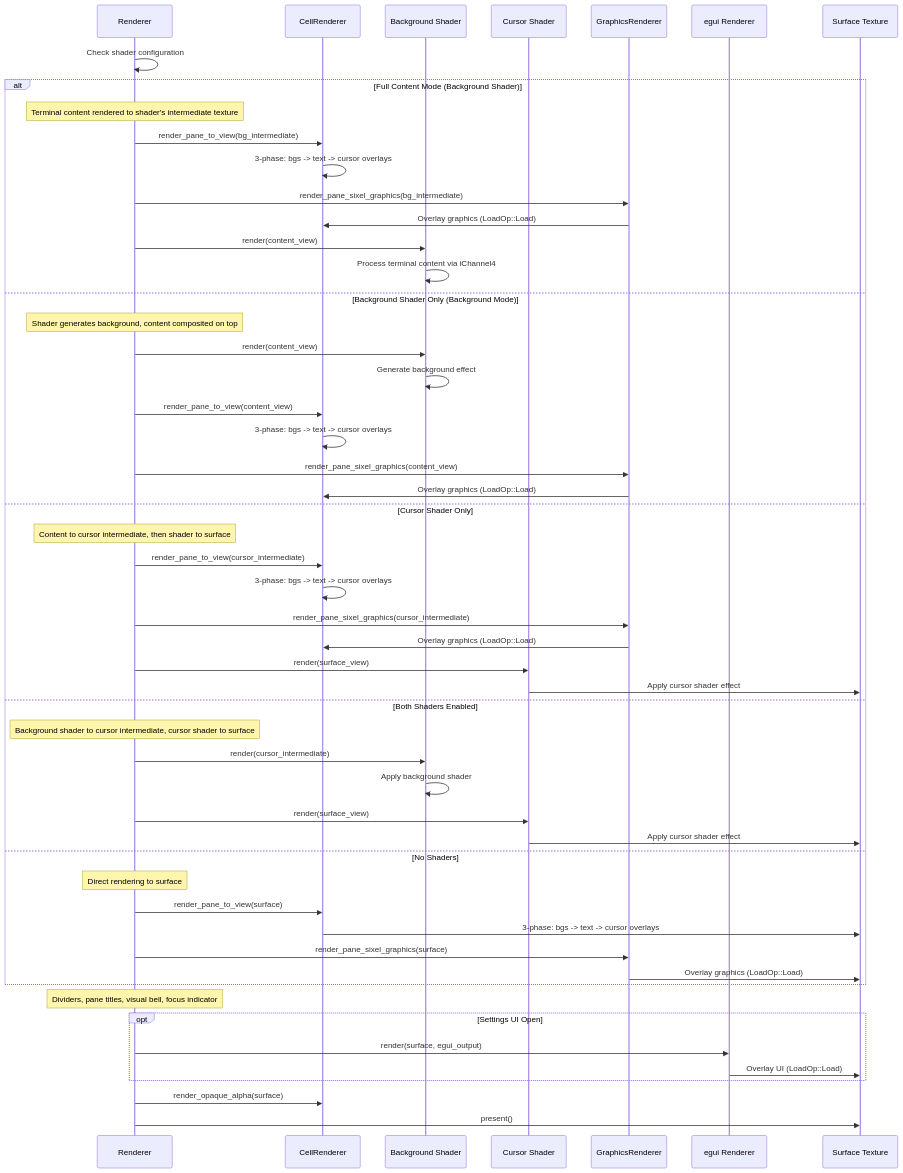
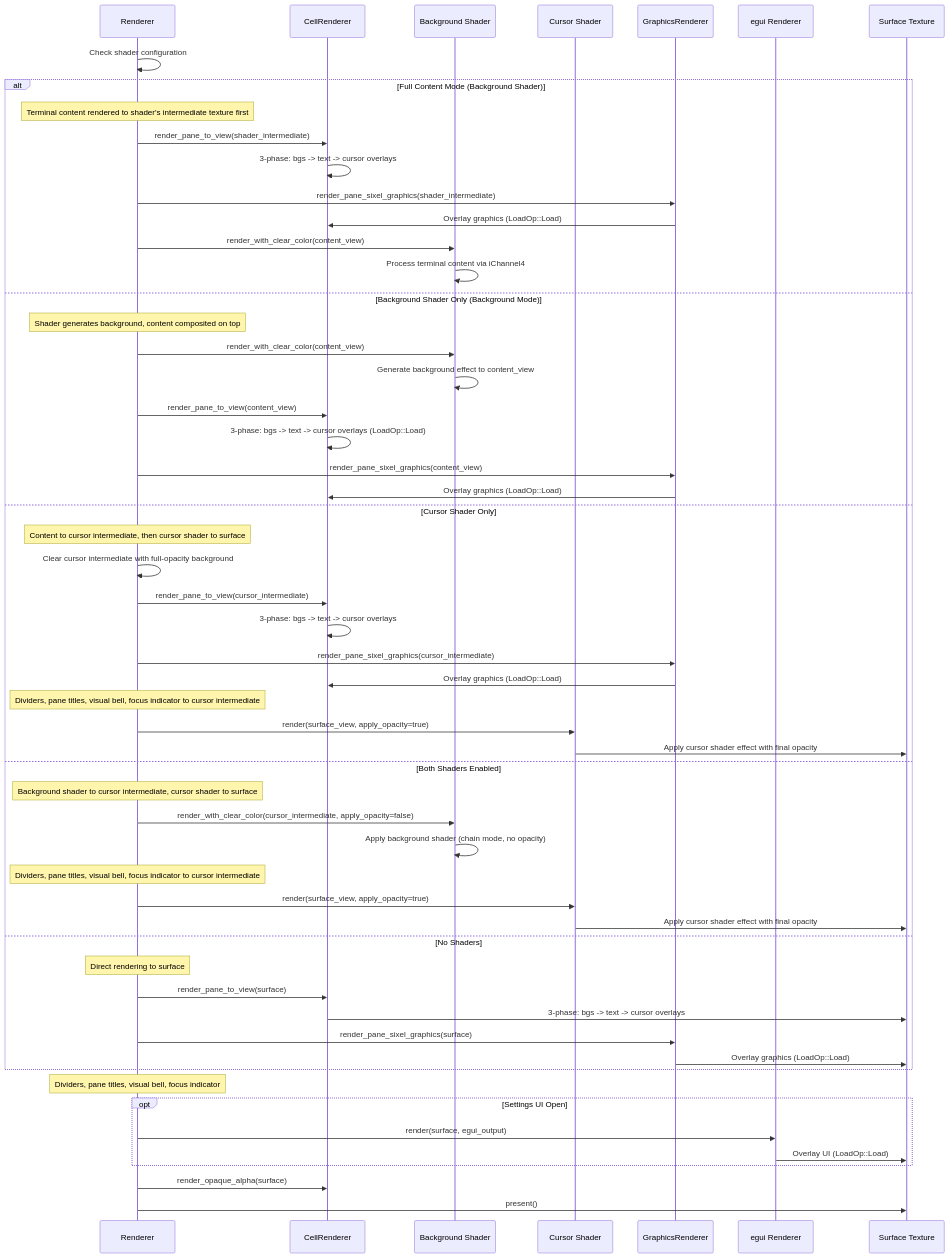
The second of 5 diagrams in docs/architecture/COMPOSITOR.md (paulrobello/par-term), drawn with Mermaid before and after one commit. The commit also changed other lines of this file and 41 other files, not shown here.

````diff
--- a/docs/architecture/COMPOSITOR.md
+++ b/docs/architecture/COMPOSITOR.md
@@ -88,60 +88,63 @@
 ```mermaid
 sequenceDiagram
     participant Renderer as Renderer
     participant CR as CellRenderer
     participant BSR as Background Shader
     participant CSR as Cursor Shader
     participant GR as GraphicsRenderer
     participant Egui as egui Renderer
     participant Surface as Surface Texture
 
     Renderer->>Renderer: Check shader configuration
 
     alt Full Content Mode (Background Shader)
-        Note over Renderer: Terminal content rendered to shader's intermediate texture
-        Renderer->>CR: render_pane_to_view(bg_intermediate)
+        Note over Renderer: Terminal content rendered to shader's intermediate texture first
+        Renderer->>CR: render_pane_to_view(shader_intermediate)
         CR->>CR: 3-phase: bgs -> text -> cursor overlays
-        Renderer->>GR: render_pane_sixel_graphics(bg_intermediate)
+        Renderer->>GR: render_pane_sixel_graphics(shader_intermediate)
         GR->>CR: Overlay graphics (LoadOp::Load)
-        Renderer->>BSR: render(content_view)
+        Renderer->>BSR: render_with_clear_color(content_view)
         BSR->>BSR: Process terminal content via iChannel4
     else Background Shader Only (Background Mode)
         Note over Renderer: Shader generates background, content composited on top
-        Renderer->>BSR: render(content_view)
-        BSR->>BSR: Generate background effect
+        Renderer->>BSR: render_with_clear_color(content_view)
+        BSR->>BSR: Generate background effect to content_view
         Renderer->>CR: render_pane_to_view(content_view)
-        CR->>CR: 3-phase: bgs -> text -> cursor overlays
+        CR->>CR: 3-phase: bgs -> text -> cursor overlays (LoadOp::Load)
         Renderer->>GR: render_pane_sixel_graphics(content_view)
         GR->>CR: Overlay graphics (LoadOp::Load)
     else Cursor Shader Only
-        Note over Renderer: Content to cursor intermediate, then shader to surface
+        Note over Renderer: Content to cursor intermediate, then cursor shader to surface
+        Renderer->>Renderer: Clear cursor intermediate with full-opacity background
         Renderer->>CR: render_pane_to_view(cursor_intermediate)
         CR->>CR: 3-phase: bgs -> text -> cursor overlays
         Renderer->>GR: render_pane_sixel_graphics(cursor_intermediate)
         GR->>CR: Overlay graphics (LoadOp::Load)
-        Renderer->>CSR: render(surface_view)
-        CSR->>Surface: Apply cursor shader effect
+        Note over Renderer: Dividers, pane titles, visual bell, focus indicator to cursor intermediate
+        Renderer->>CSR: render(surface_view, apply_opacity=true)
+        CSR->>Surface: Apply cursor shader effect with final opacity
     else Both Shaders Enabled
         Note over Renderer: Background shader to cursor intermediate, cursor shader to surface
-        Renderer->>BSR: render(cursor_intermediate)
-        BSR->>BSR: Apply background shader
-        Renderer->>CSR: render(surface_view)
-        CSR->>Surface: Apply cursor shader effect
+        Renderer->>BSR: render_with_clear_color(cursor_intermediate, apply_opacity=false)
+        BSR->>BSR: Apply background shader (chain mode, no opacity)
+        Note over Renderer: Dividers, pane titles, visual bell, focus indicator to cursor intermediate
+        Renderer->>CSR: render(surface_view, apply_opacity=true)
+        CSR->>Surface: Apply cursor shader effect with final opacity
     else No Shaders
         Note over Renderer: Direct rendering to surface
         Renderer->>CR: render_pane_to_view(surface)
         CR->>Surface: 3-phase: bgs -> text -> cursor overlays
         Renderer->>GR: render_pane_sixel_graphics(surface)
         GR->>Surface: Overlay graphics (LoadOp::Load)
     end
 
     Note over Renderer: Dividers, pane titles, visual bell, focus indicator
 
     opt Settings UI Open
         Renderer->>Egui: render(surface, egui_output)
         Egui->>Surface: Overlay UI (LoadOp::Load)
     end
 
     Renderer->>CR: render_opaque_alpha(surface)
     Renderer->>Surface: present()
 ```
````
